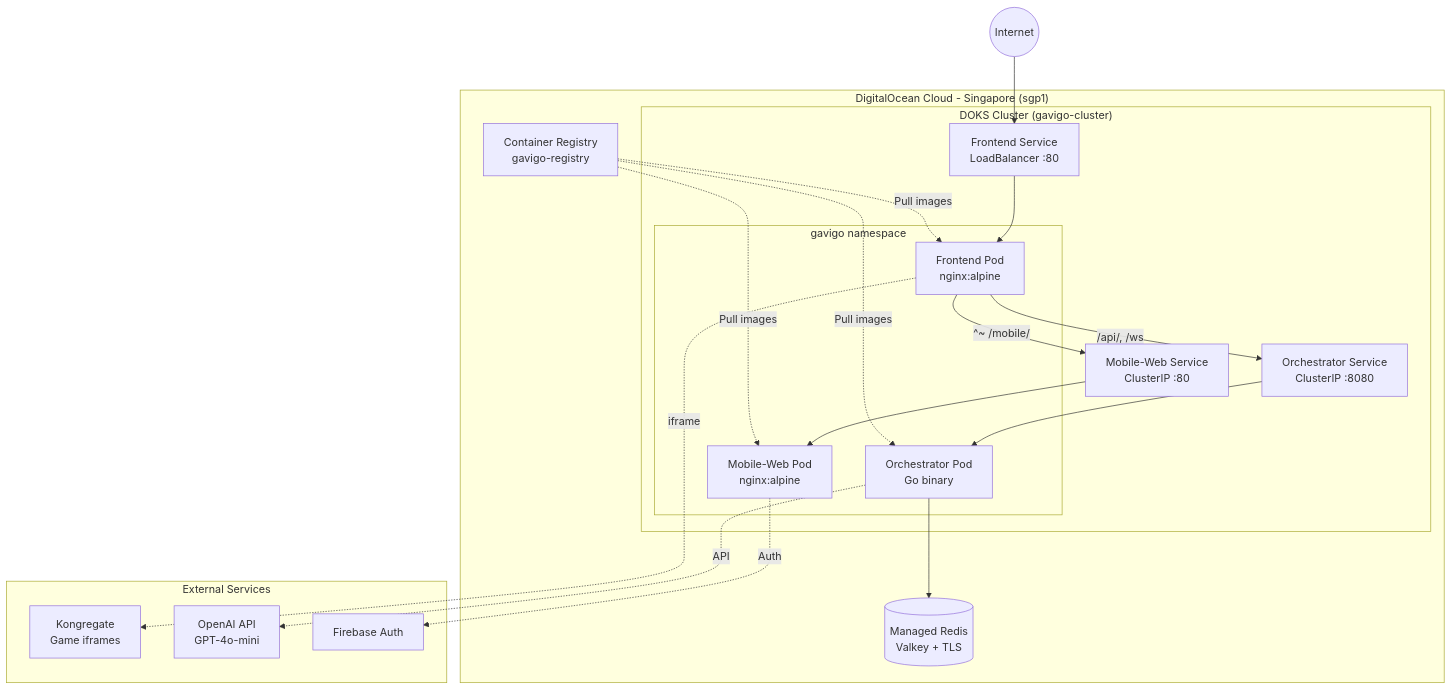
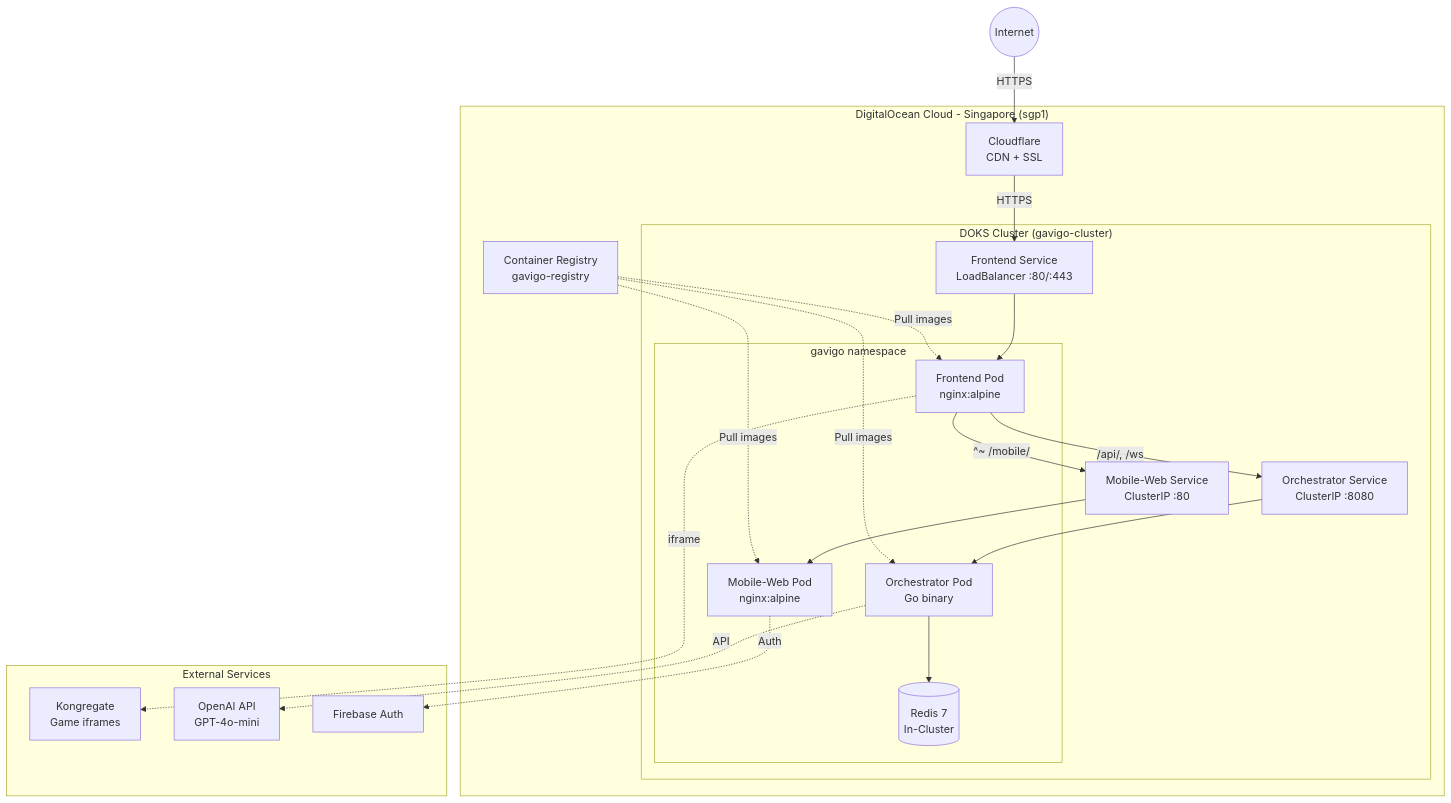
The sixth of 7 diagrams in README.md (ChanMeng666/gavigo), drawn with Mermaid before and after one commit. The commit also changed other lines of this file and 4 other files, not shown here.

First line of the commit message:
feat: configure HTTPS with Cloudflare Origin CA and DO Load Balancer

````diff
--- a/README.md
+++ b/README.md
@@ -298,39 +300,41 @@
 ```mermaid
 graph TB
     subgraph "DigitalOcean Cloud - Singapore (sgp1)"
         subgraph "DOKS Cluster (gavigo-cluster)"
             subgraph "gavigo namespace"
                 FE_POD[Frontend Pod<br/>nginx:alpine]
                 ORCH_POD[Orchestrator Pod<br/>Go binary]
                 MW_POD[Mobile-Web Pod<br/>nginx:alpine]
+                REDIS_POD[(Redis 7<br/>In-Cluster)]
             end
 
-            FE_SVC[Frontend Service<br/>LoadBalancer :80]
+            FE_SVC[Frontend Service<br/>LoadBalancer :80/:443]
             ORCH_SVC[Orchestrator Service<br/>ClusterIP :8080]
             MW_SVC[Mobile-Web Service<br/>ClusterIP :80]
         end
 
-        REDIS_DB[(Managed Redis<br/>Valkey + TLS)]
+        CF[Cloudflare<br/>CDN + SSL]
         REGISTRY[Container Registry<br/>gavigo-registry]
     end
 
     subgraph "External Services"
         KONG[Kongregate<br/>Game iframes]
         OPENAI[OpenAI API<br/>GPT-4o-mini]
         FIREBASE[Firebase Auth]
     end
 
-    INTERNET((Internet)) --> FE_SVC
+    INTERNET((Internet)) -->|HTTPS| CF
+    CF -->|HTTPS| FE_SVC
     FE_SVC --> FE_POD
     FE_POD -->|^~ /mobile/| MW_SVC
     MW_SVC --> MW_POD
     FE_POD -->|/api/, /ws| ORCH_SVC
     ORCH_SVC --> ORCH_POD
-    ORCH_POD --> REDIS_DB
+    ORCH_POD --> REDIS_POD
     FE_POD -.->|iframe| KONG
     ORCH_POD -.->|API| OPENAI
     MW_POD -.->|Auth| FIREBASE
     REGISTRY -.->|Pull images| FE_POD
     REGISTRY -.->|Pull images| ORCH_POD
     REGISTRY -.->|Pull images| MW_POD
 ```
````
